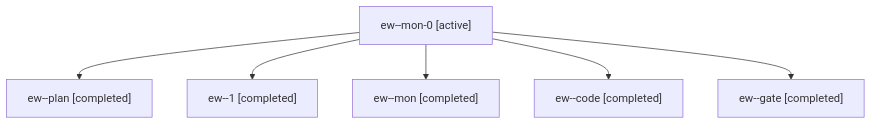
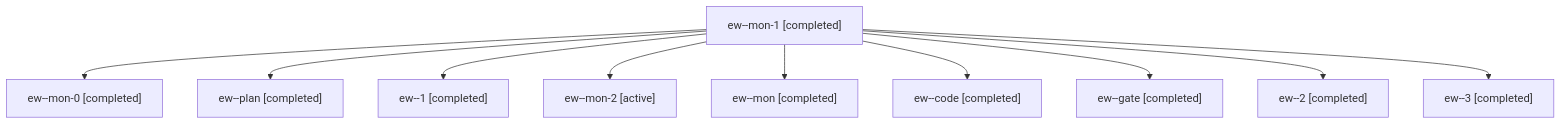
The diagram in sessions/bbugyi200.apollo.ew.md (bobs-org/bob-cli--agents), drawn with Mermaid before and after one commit. The commit also changed other lines of this file and 47 other files, not shown here.

````diff
--- a/sessions/bbugyi200.apollo.ew.md
+++ b/sessions/bbugyi200.apollo.ew.md
@@ -9,14 +9,22 @@
 ```mermaid
 flowchart TD
-  n0["ew--mon-0 [active]"]
-  n1["ew--plan [completed]"]
+  n0["ew--mon-1 [completed]"]
+  n1["ew--mon-0 [completed]"]
   n0 --> n1
-  n2["ew--1 [completed]"]
+  n2["ew--plan [completed]"]
   n0 --> n2
-  n3["ew--mon [completed]"]
+  n3["ew--1 [completed]"]
   n0 --> n3
-  n4["ew--code [completed]"]
+  n4["ew--mon-2 [active]"]
   n0 --> n4
-  n5["ew--gate [completed]"]
+  n5["ew--mon [completed]"]
   n0 --> n5
+  n6["ew--code [completed]"]
+  n0 --> n6
+  n7["ew--gate [completed]"]
+  n0 --> n7
+  n8["ew--2 [completed]"]
+  n0 --> n8
+  n9["ew--3 [completed]"]
+  n0 --> n9
 ```
````
